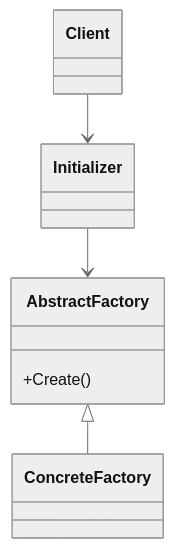
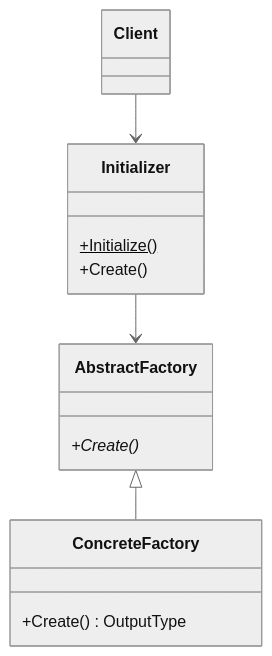
One commit to wbratz/generic-factory changed the diagram in README.md. Above: the diagram before and after it, drawn with Mermaid (neutral theme).

````diff
--- a/README.md
+++ b/README.md
@@ -4,8 +4,11 @@
 ```mermaid
 classDiagram
     Client --> Initializer
     Initializer --> AbstractFactory
     AbstractFactory <|-- ConcreteFactory
     
-    AbstractFactory : +Create()
+    Initializer : +Initialize()$
+    Initializer : +Create()
+    AbstractFactory : +Create()*
+    ConcreteFactory : +Create() OutputType
 ```
````
